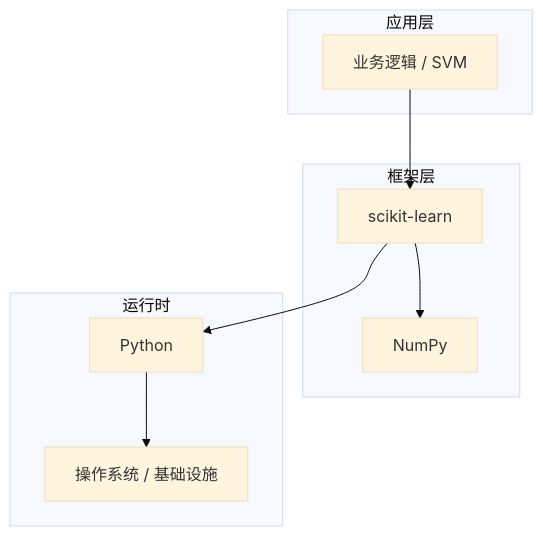
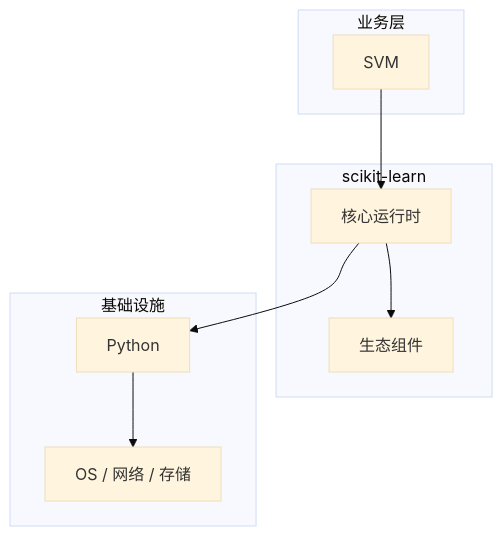
Before and after one commit to yanggan2015/knowledge-json-v2: the diagram in articles/机器学习/chapters/050-SVM核心概念与原理.md, drawn with Mermaid (base theme). The commit also changed other lines of this file and 10127 other files, not shown here.

````diff
--- a/articles/机器学习/chapters/050-SVM核心概念与原理.md
+++ b/articles/机器学习/chapters/050-SVM核心概念与原理.md
@@ -45,18 +30,18 @@
 ```mermaid
 graph TB
-    subgraph 应用层
-        A[业务逻辑 / SVM]
+    subgraph 业务层
+        A[SVM]
     end
-    subgraph 框架层
-        B[scikit-learn]
-        C[NumPy]
+    subgraph scikit-learn
+        B[核心运行时]
+        C[生态组件]
     end
-    subgraph 运行时
+    subgraph 基础设施
         D[Python]
-        E[操作系统 / 基础设施]
+        E[OS / 网络 / 存储]
     end
     A --> B
     B --> C
     B --> D
     D --> E
 ```
````
